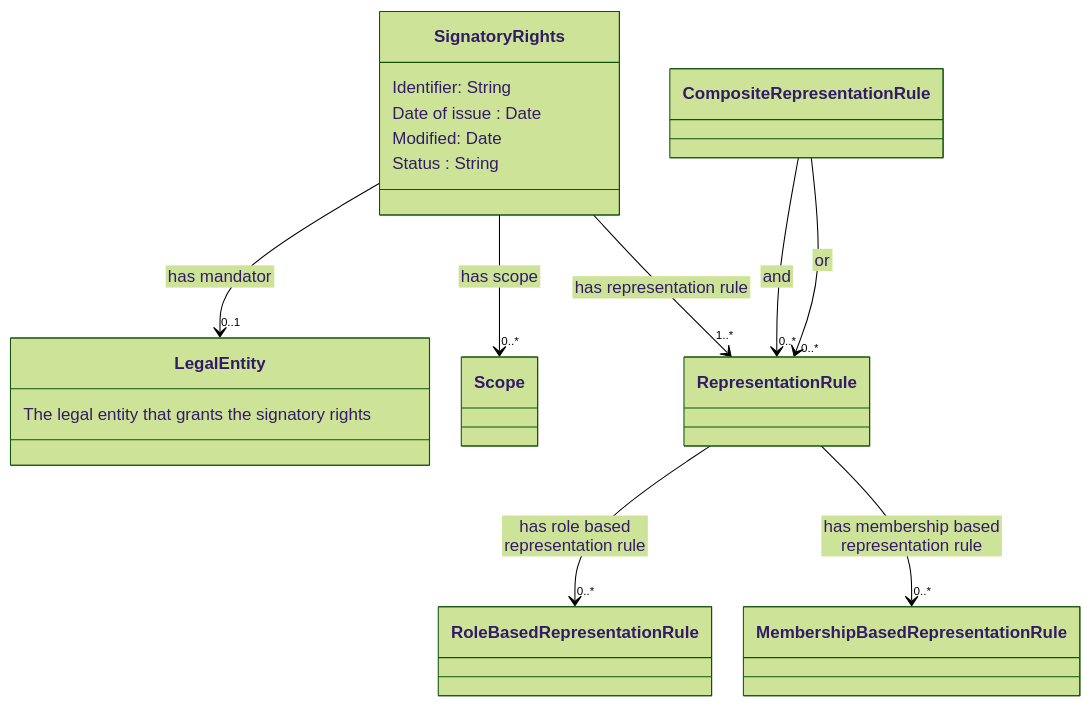
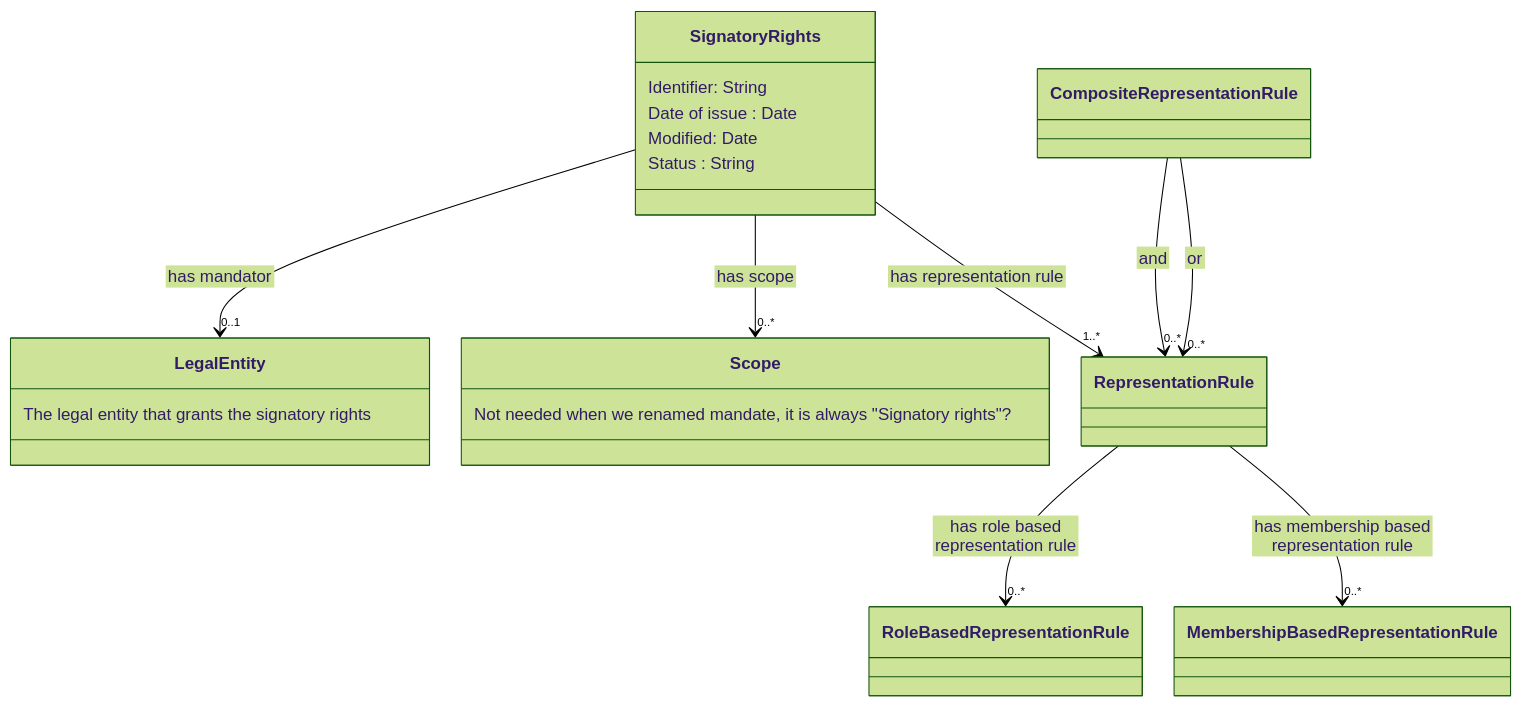
The diagram in README.md (nordicsmartgovernment/Nordic-Signatory-Rights-Model), drawn with Mermaid (forest theme) before and after one commit.

````diff
--- a/README.md
+++ b/README.md
@@ -22,35 +22,39 @@
 ```mermaid
  %%{init:{'flowchart':{'nodeSpacing': 30, 'rankSpacing': 95, 'htmlLabels': false}}}%%
     classDiagram
        
         class Signatory Rights {
             Identifier: String
             Date of issue : Date
             Modified: Date
             Status : String
         }
 
         Signatory Rights --> "0..1" Legal Entity : has mandator
         Signatory Rights --> "0..*" Scope : has scope
         Signatory Rights --> "1..*" Representation Rule : has representation rule
 
         class Legal Entity {
            The legal entity that grants the signatory rights
         }
 
+        class Scope {
+           Not needed when we renamed mandate, it is always "Signatory rights"?
+        }
+
         class Representation Rule {
         }
 
         Representation Rule  --> "0..*" Role Based Representation Rule : has role based representation rule
         Representation Rule --> "0..*" Membership Based Representation Rule : has membership based representation rule
 
         class Composite Representation Rule {
         }
 
         Composite Representation Rule --> "0..*" Representation Rule : and
         Composite Representation Rule --> "0..*" Representation Rule : or
 
         class Scope {
         }
 
 ```
````
